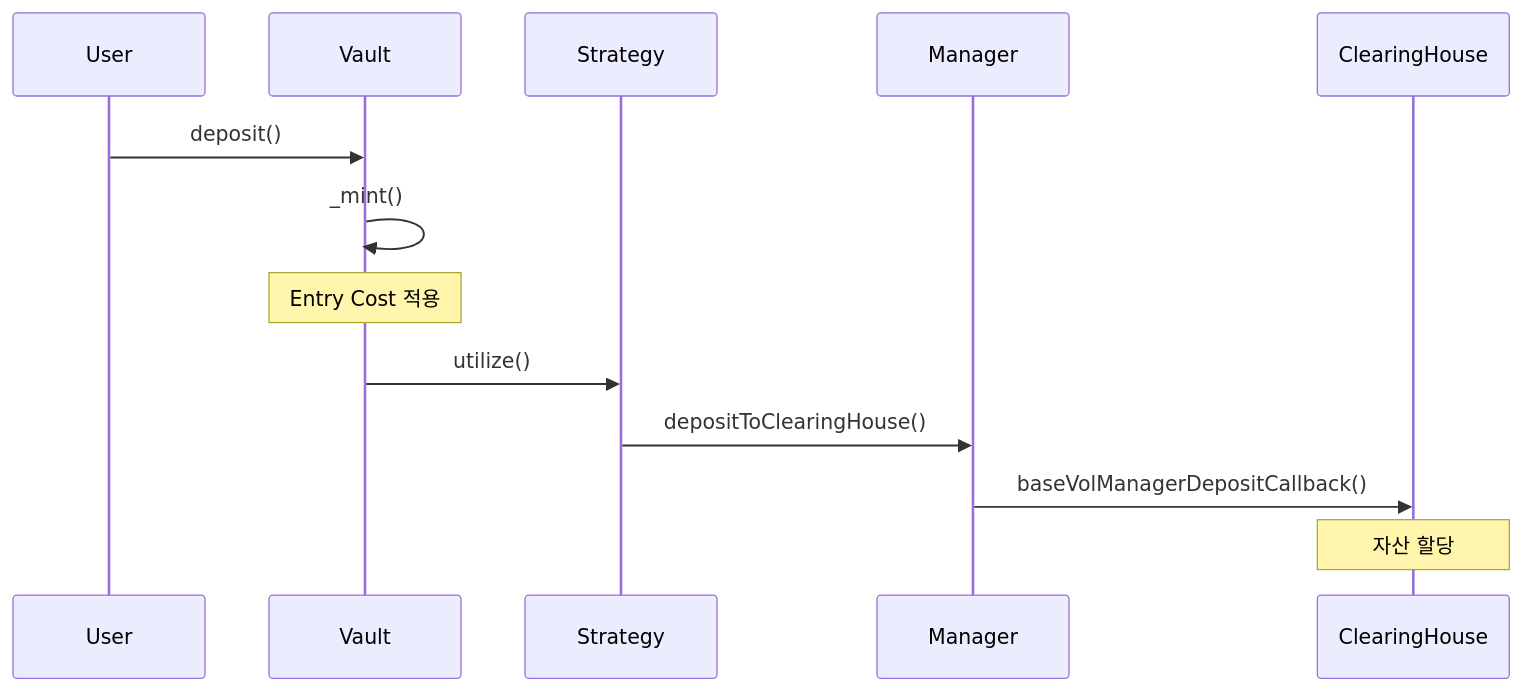
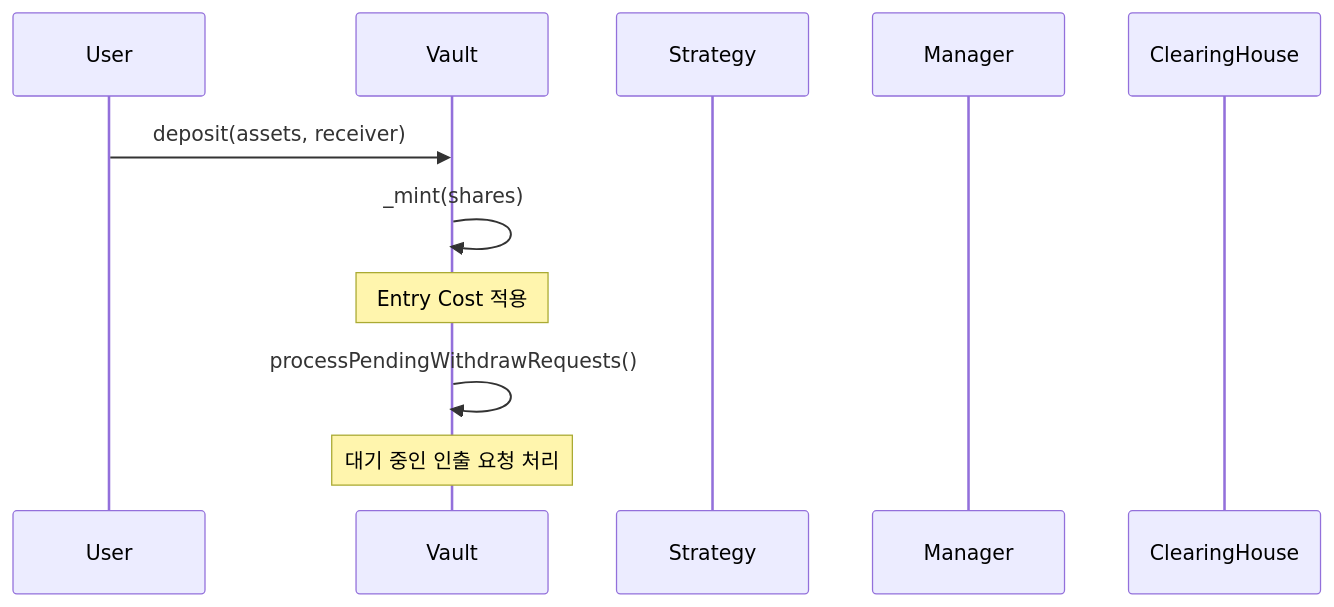
Before and after one commit to stvol-official/basevol-contract: the third of 8 diagrams in contracts/core/vault/genesisvault.md, drawn with Mermaid. The commit also changed other lines of this file and 26 other files, not shown here.

````diff
--- a/contracts/core/vault/genesisvault.md
+++ b/contracts/core/vault/genesisvault.md
@@ -165,16 +154,14 @@
 ```mermaid
 sequenceDiagram
     participant User
     participant Vault
     participant Strategy
     participant Manager
     participant ClearingHouse
 
-    User->>Vault: deposit()
-    Vault->>Vault: _mint()
+    User->>Vault: deposit(assets, receiver)
+    Vault->>Vault: _mint(shares)
     Note over Vault: Entry Cost 적용
-    Vault->>Strategy: utilize()
-    Strategy->>Manager: depositToClearingHouse()
-    Manager->>ClearingHouse: baseVolManagerDepositCallback()
-    Note over ClearingHouse: 자산 할당
+    Vault->>Vault: processPendingWithdrawRequests()
+    Note over Vault: 대기 중인 인출 요청 처리
 ```
````
